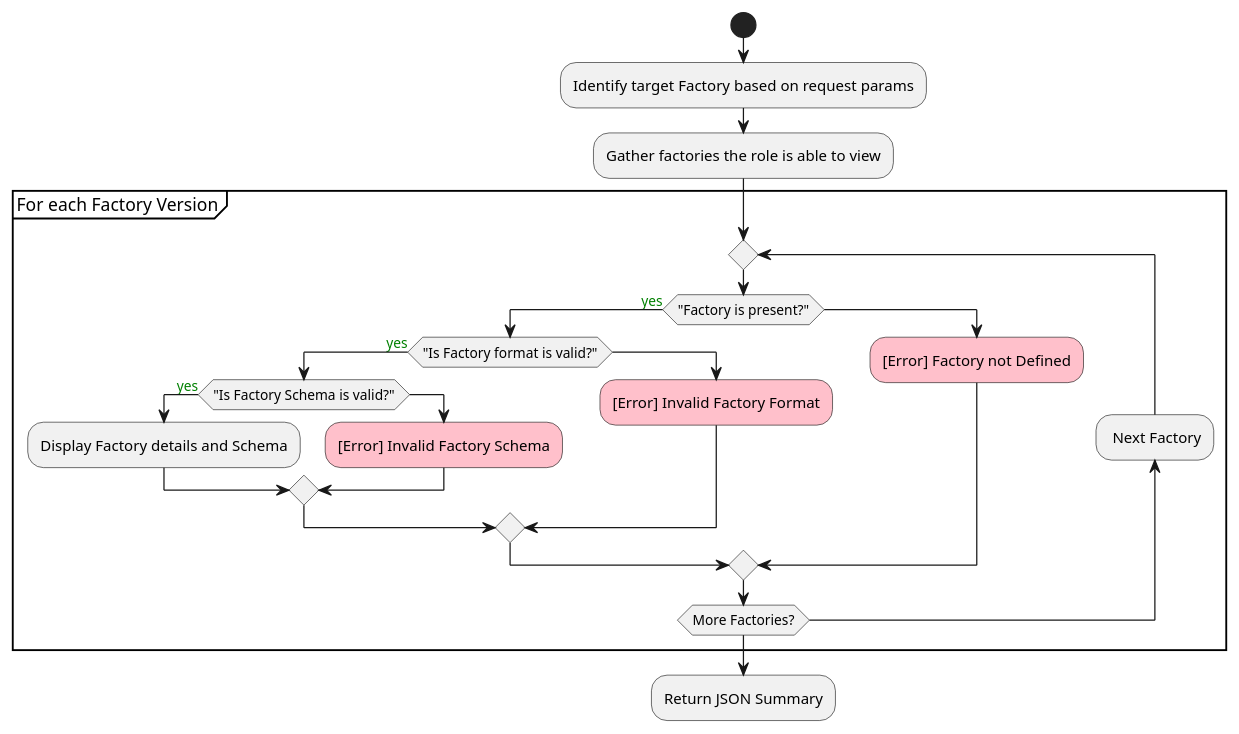
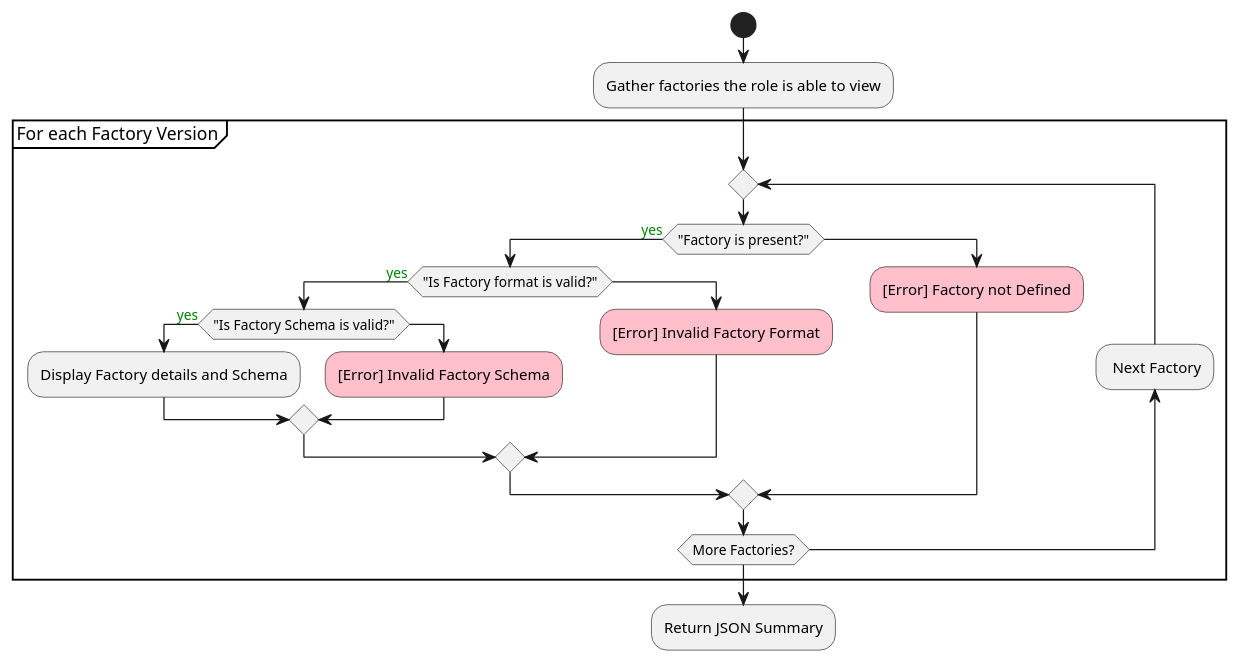
One commit to cyberark/conjur changed the first of 3 diagrams in app/domain/factories/Readme.md. Above: the diagram before and after it, drawn with PlantUML. The commit also changed other lines of this file and 51 other files, not shown here.

````diff
--- a/app/domain/factories/Readme.md
+++ b/app/domain/factories/Readme.md
@@ -494,26 +507,25 @@
 ```plantuml
 @startuml factory-list-request
 start
-:Identify target Factory based on request params;
 :Gather factories the role is able to view;
 partition "For each Factory Version" {
   repeat
     if ("Factory is present?") then (<color:green>yes)
       if ("Is Factory format is valid?") then (<color:green>yes)
         if ("Is Factory Schema is valid?") then (<color:green>yes)
           :Display Factory details and Schema;
         else
           #pink:[Error] Invalid Factory Schema;
         endif
       else
         #pink:[Error] Invalid Factory Format;
       endif
     else
       #pink:[Error] Factory not Defined;
     endif
   backward: Next Factory;
   repeat while (More Factories?)
 }
 :Return JSON Summary;
 @enduml
 ```
````
